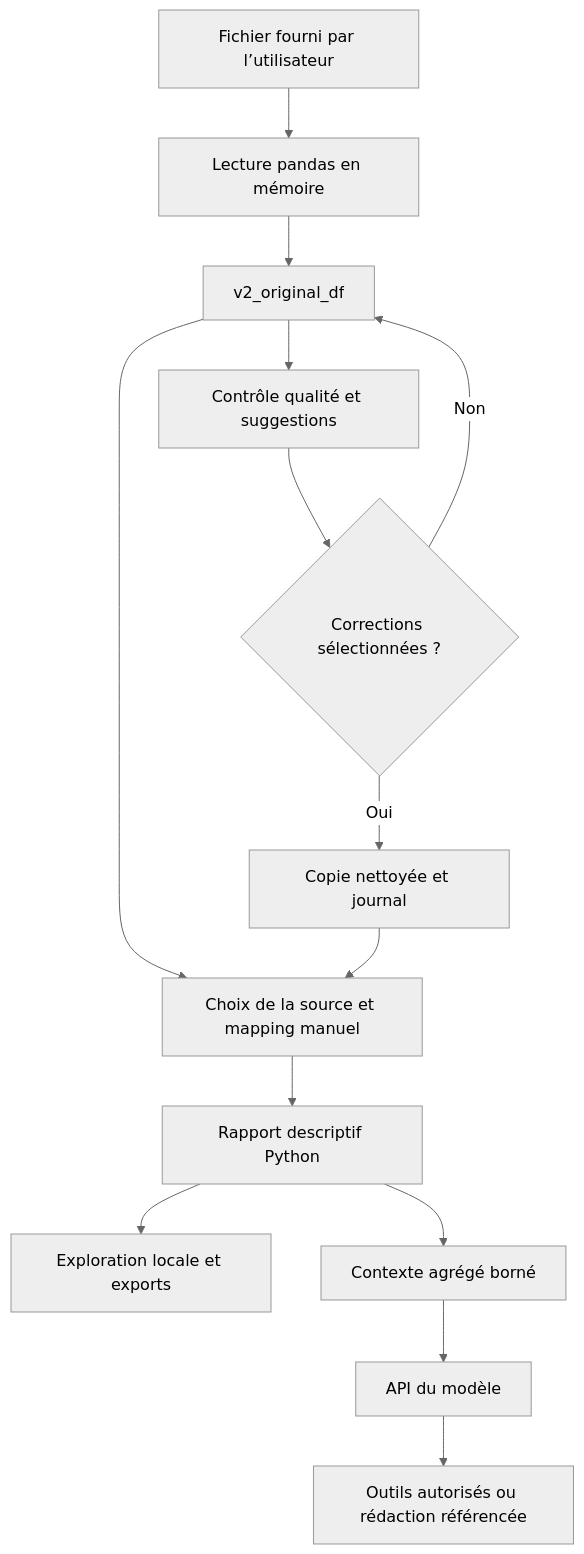
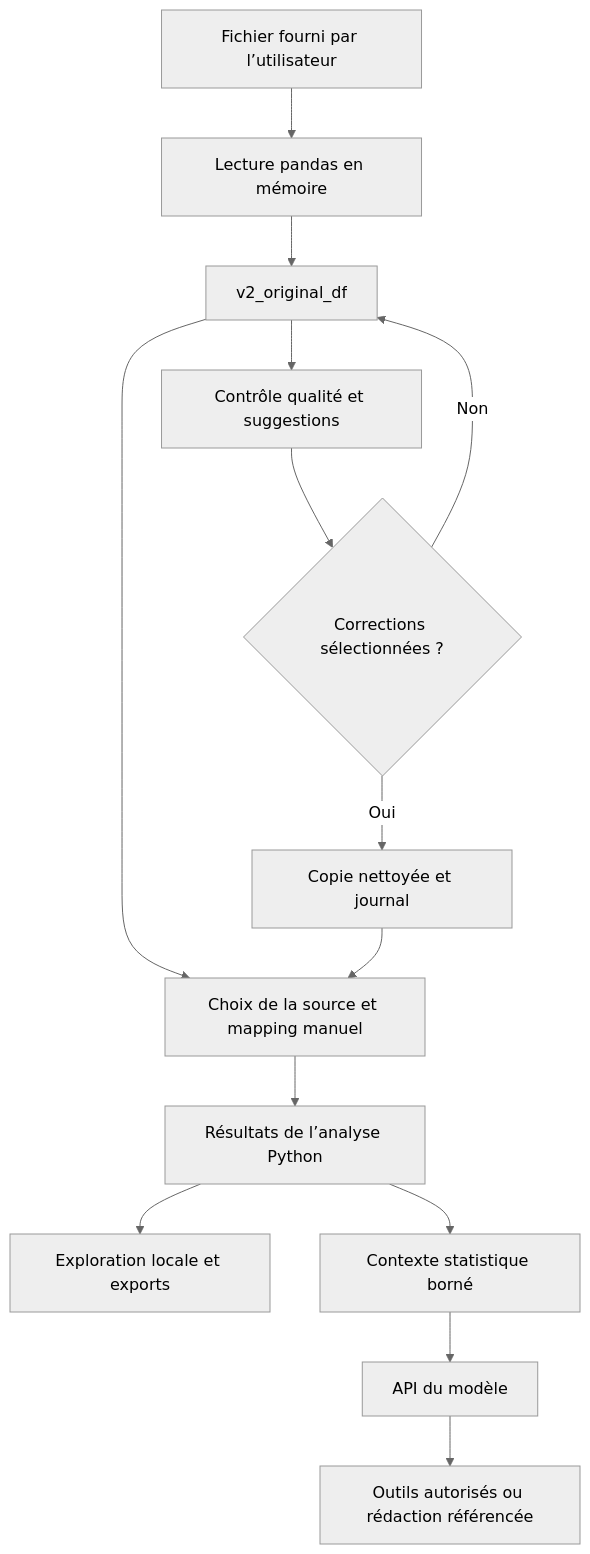
One commit to Hrazafin78/actuarial-portfolio-analyst-agent changed the diagram in docs/architecture.md. Above: the diagram before and after it, drawn with Mermaid (neutral theme). The commit also changed other lines of this file and 23 other files, not shown here.

````diff
--- a/docs/architecture.md
+++ b/docs/architecture.md
@@ -33,16 +33,16 @@
 ```mermaid
 flowchart TD
     F[Fichier fourni par l’utilisateur] --> I[Lecture pandas en mémoire]
     I --> O[v2_original_df]
     O --> Q[Contrôle qualité et suggestions]
     Q --> C{Corrections sélectionnées ?}
     C -->|Oui| N[Copie nettoyée et journal]
     C -->|Non| O
     O --> S[Choix de la source et mapping manuel]
     N --> S
-    S --> A[Rapport descriptif Python]
+    S --> A[Résultats de l’analyse Python]
     A --> E[Exploration locale et exports]
-    A --> B[Contexte agrégé borné]
+    A --> B[Contexte statistique borné]
     B --> L[API du modèle]
     L --> T[Outils autorisés ou rédaction référencée]
 ```
````
